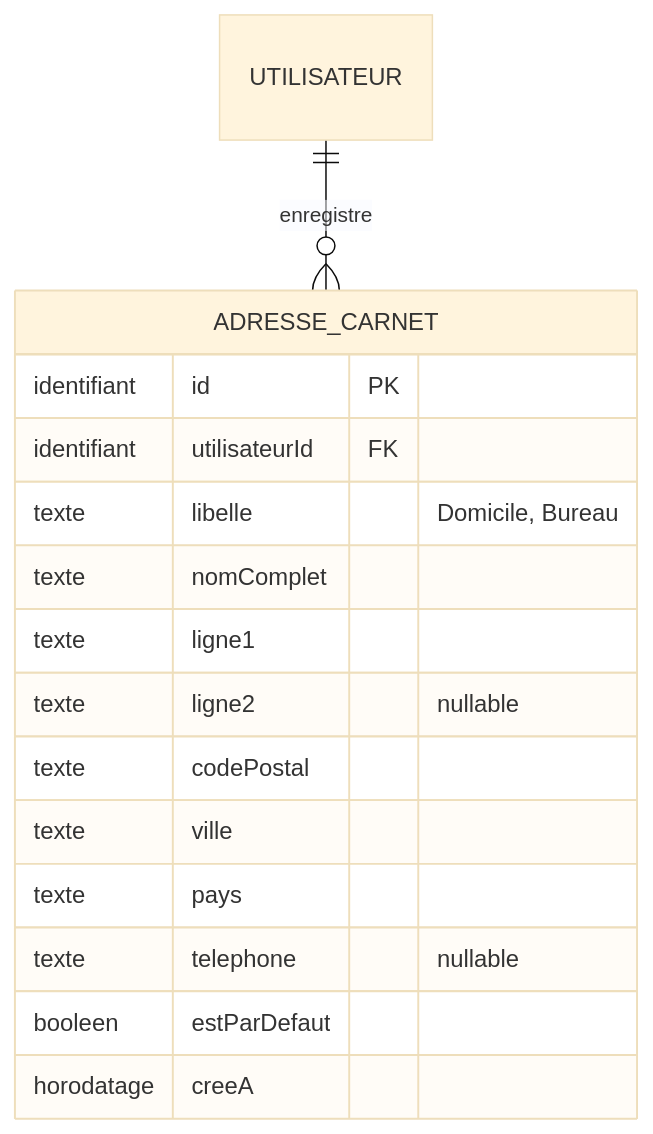
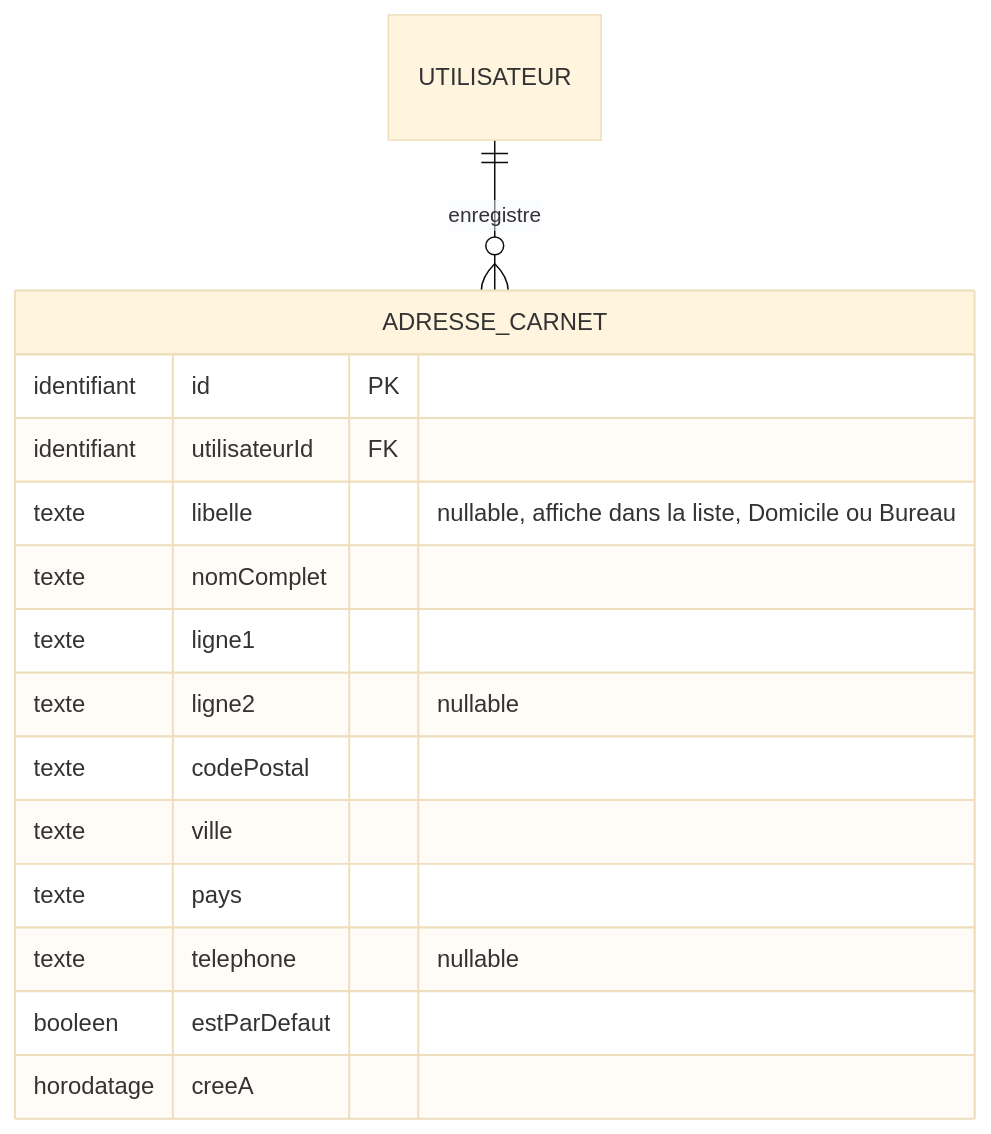
One commit to krismos64/lune-soleil changed the fifth of 9 diagrams in docs/architecture/MODELE-CONCEPTUEL.md. Above: the diagram before and after it, drawn with Mermaid (base theme). The commit also changed other lines of this file and 1 other file, not shown here.

````diff
--- a/docs/architecture/MODELE-CONCEPTUEL.md
+++ b/docs/architecture/MODELE-CONCEPTUEL.md
@@ -536,19 +530,19 @@
 ```mermaid
 erDiagram
     UTILISATEUR ||--o{ ADRESSE_CARNET : "enregistre"
 
     ADRESSE_CARNET {
         identifiant id PK
         identifiant utilisateurId FK
-        texte libelle "Domicile, Bureau"
+        texte libelle "nullable, affiche dans la liste, Domicile ou Bureau"
         texte nomComplet
         texte ligne1
         texte ligne2 "nullable"
         texte codePostal
         texte ville
         texte pays
         texte telephone "nullable"
         booleen estParDefaut
         horodatage creeA
     }
 ```
````
